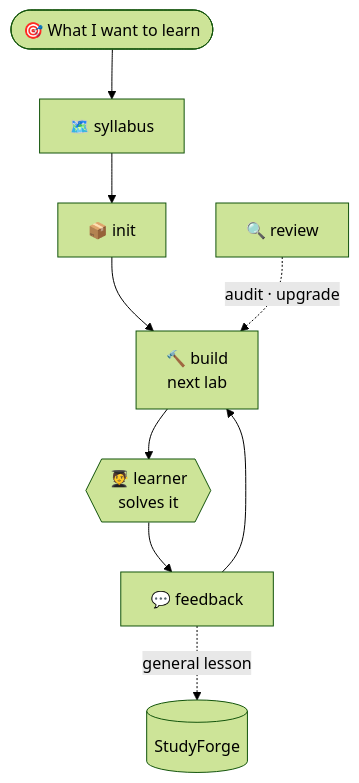
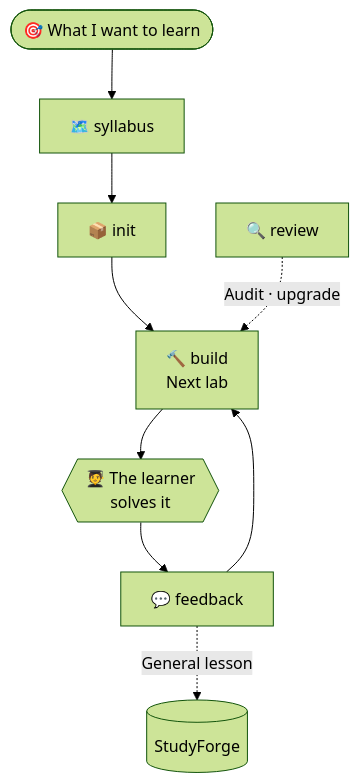
One commit to Chamba-Lab/studyforge changed the diagram in README.md. Above: the diagram before and after it, drawn with Mermaid (forest theme). The commit also changed 6 other files, not shown here.

Commit message:
fix(skill): require capitalized diagram labels and a proofreading pass (#6)

````diff
--- a/README.md
+++ b/README.md
@@ -28,11 +28,11 @@
 ```mermaid
 flowchart TB
     G([🎯 What I want to learn]) --> S[🗺️ syllabus]
     S --> I[📦 init]
-    I --> B[🔨 build<br/>next lab]
-    B --> L{{🧑‍🎓 learner<br/>solves it}}
+    I --> B[🔨 build<br/>Next lab]
+    B --> L{{🧑‍🎓 The learner<br/>solves it}}
     L --> F[💬 feedback]
     F --> B
-    F -. general lesson .-> U[(StudyForge)]
-    R[🔍 review] -. audit · upgrade .-> B
+    F -. General lesson .-> U[(StudyForge)]
+    R[🔍 review] -. Audit · upgrade .-> B
 ```
````
